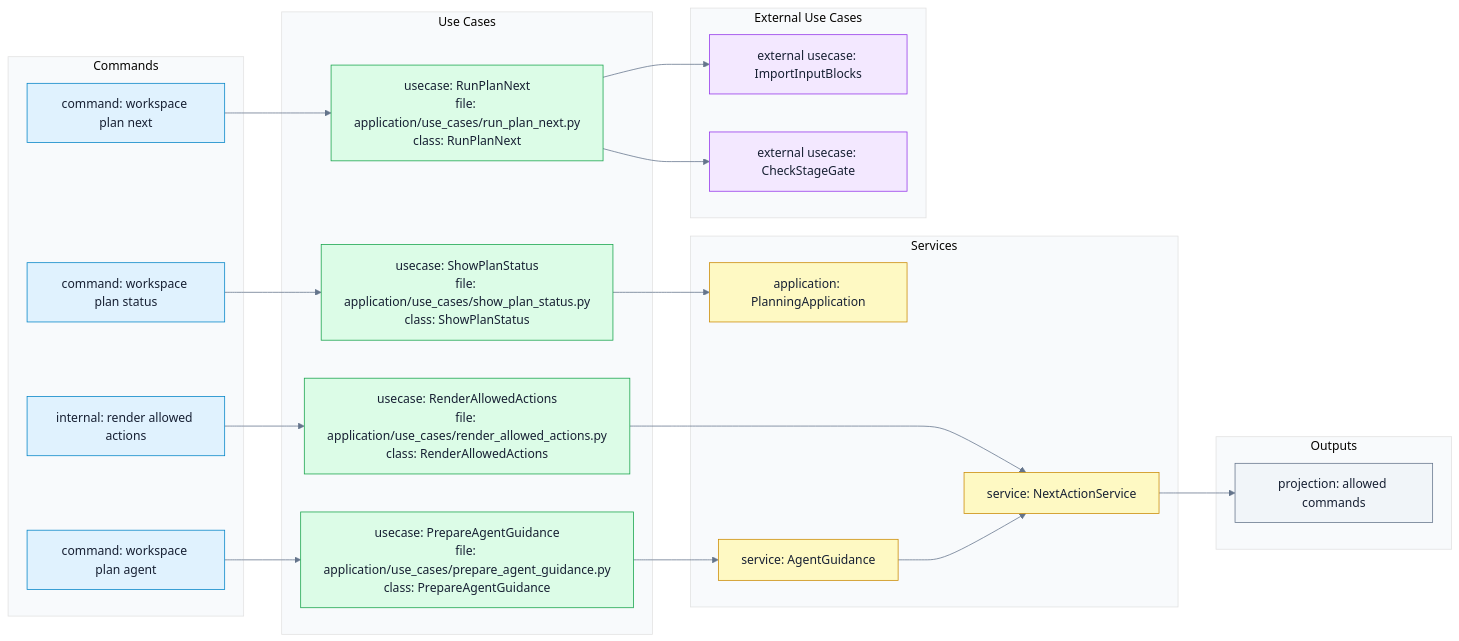
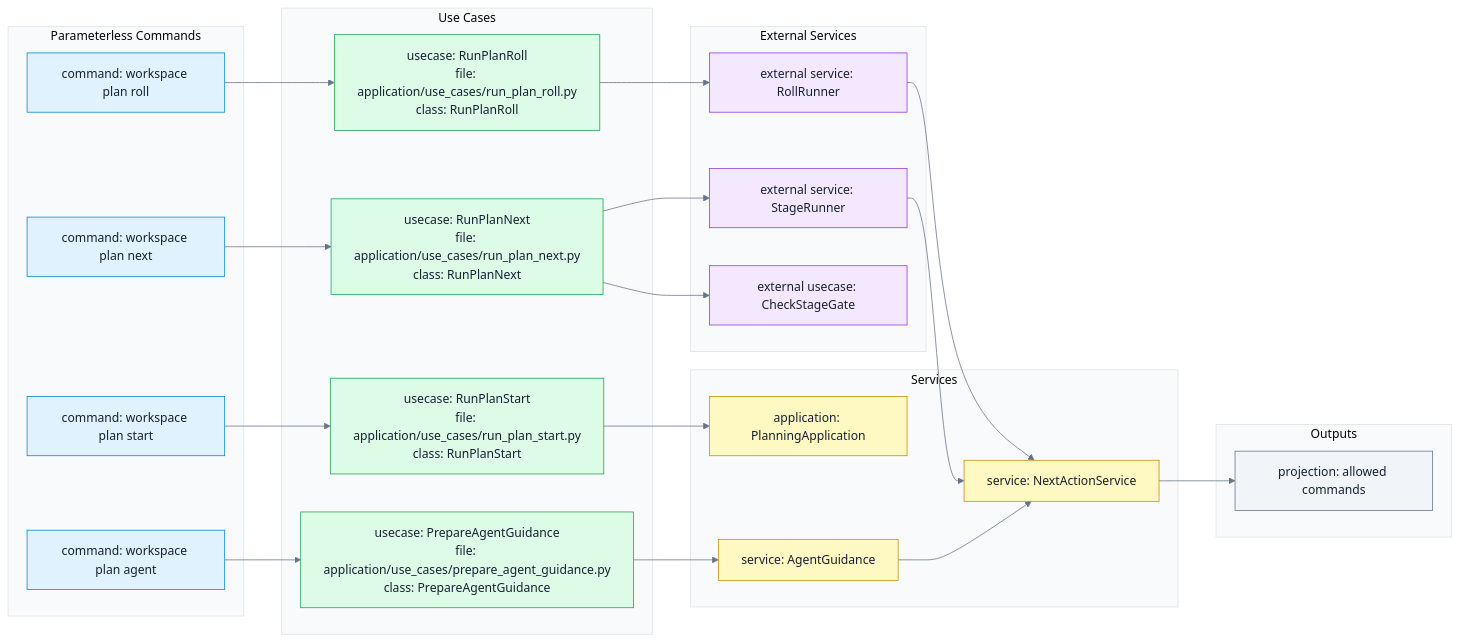
The first of 3 diagrams in .enclosure/plans/planning-workflow/epics/guided-cli-agent-guardrails/SCHEMAS.md (9orky/enclosure), drawn with Mermaid before and after one commit. The commit also changed other lines of this file and 23 other files, not shown here.

````diff
--- a/.enclosure/plans/planning-workflow/epics/guided-cli-agent-guardrails/SCHEMAS.md
+++ b/.enclosure/plans/planning-workflow/epics/guided-cli-agent-guardrails/SCHEMAS.md
@@ -33,56 +39,59 @@
 ```mermaid
-%% contract: use_cases
+%% contract: flow
 %%{init: {"theme": "base", "themeVariables": {"primaryColor": "#e0f2fe", "primaryTextColor": "#172033", "primaryBorderColor": "#0284c7", "lineColor": "#64748b", "tertiaryColor": "#f8fafc"}}}%%
 flowchart LR
-    subgraph commands["Commands"]
-      cmd_status["command: workspace plan status"]
+    subgraph commands["Parameterless Commands"]
+      cmd_start["command: workspace plan start"]
       cmd_next["command: workspace plan next"]
       cmd_agent["command: workspace plan agent"]
-      cmd_allowed["internal: render allowed actions"]
+      cmd_roll["command: workspace plan roll"]
     end
 
     subgraph use_cases["Use Cases"]
-      uc_status["usecase: ShowPlanStatus\nfile: application/use_cases/show_plan_status.py\nclass: ShowPlanStatus"]
+      uc_start["usecase: RunPlanStart\nfile: application/use_cases/run_plan_start.py\nclass: RunPlanStart"]
       uc_next["usecase: RunPlanNext\nfile: application/use_cases/run_plan_next.py\nclass: RunPlanNext"]
       uc_agent["usecase: PrepareAgentGuidance\nfile: application/use_cases/prepare_agent_guidance.py\nclass: PrepareAgentGuidance"]
-      uc_allowed["usecase: RenderAllowedActions\nfile: application/use_cases/render_allowed_actions.py\nclass: RenderAllowedActions"]
+      uc_roll["usecase: RunPlanRoll\nfile: application/use_cases/run_plan_roll.py\nclass: RunPlanRoll"]
     end
 
     subgraph services["Services"]
       app["application: PlanningApplication"]
       guidance["service: AgentGuidance"]
       next_actions["service: NextActionService"]
     end
 
-    subgraph external_use_cases["External Use Cases"]
-      importer["external usecase: ImportInputBlocks"]
+    subgraph external_services["External Services"]
+      stage_runner["external service: StageRunner"]
+      roll_runner["external service: RollRunner"]
       gate["external usecase: CheckStageGate"]
     end
 
     subgraph outputs["Outputs"]
       output["projection: allowed commands"]
     end
 
-    cmd_status --> uc_status
+    cmd_start --> uc_start
     cmd_next --> uc_next
     cmd_agent --> uc_agent
-    cmd_allowed --> uc_allowed
-    uc_status --> app
-    uc_next --> importer
+    cmd_roll --> uc_roll
+    uc_start --> app
+    uc_next --> stage_runner
     uc_next --> gate
     uc_agent --> guidance
-    uc_allowed --> next_actions
+    uc_roll --> roll_runner
     guidance --> next_actions
+    stage_runner --> next_actions
+    roll_runner --> next_actions
     next_actions --> output
 
     classDef command fill:#e0f2fe,stroke:#0284c7,color:#172033;
     classDef usecase fill:#dcfce7,stroke:#16a34a,color:#172033;
     classDef service fill:#fef9c3,stroke:#ca8a04,color:#172033;
     classDef external fill:#f3e8ff,stroke:#9333ea,color:#172033;
     classDef output fill:#f1f5f9,stroke:#64748b,color:#172033;
-    class cmd_status,cmd_next,cmd_agent,cmd_allowed command;
-    class uc_status,uc_next,uc_agent,uc_allowed usecase;
+    class cmd_start,cmd_next,cmd_agent,cmd_roll command;
+    class uc_start,uc_next,uc_agent,uc_roll usecase;
     class app,guidance,next_actions service;
-    class importer,gate external;
+    class stage_runner,roll_runner,gate external;
     class output output;
 ```
````
